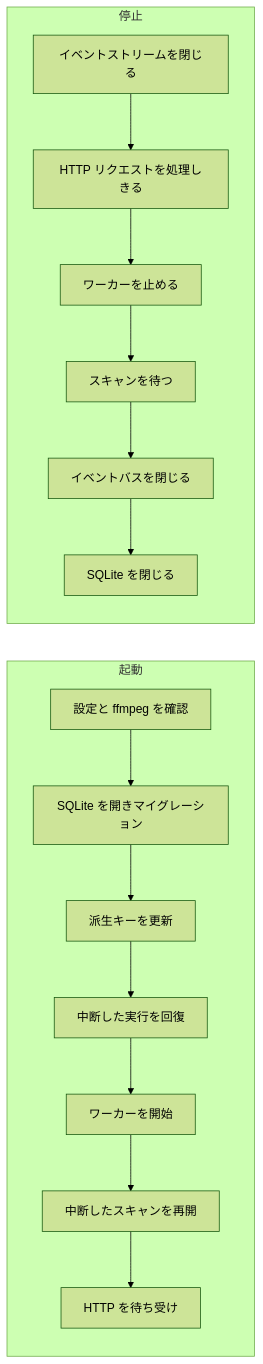
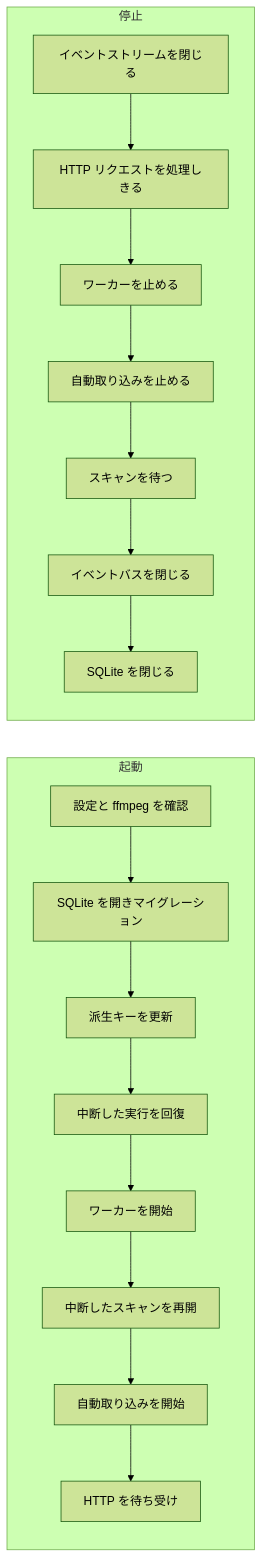
Before and after one commit to syudead/vv: the first of 3 diagrams in translations/ja/docs/design-docs/process-lifecycle.md, drawn with Mermaid (forest theme). The commit also changed other lines of this file and 4 other files, not shown here.

````diff
--- a/translations/ja/docs/design-docs/process-lifecycle.md
+++ b/translations/ja/docs/design-docs/process-lifecycle.md
@@ -12,20 +12,22 @@
 ```mermaid
 flowchart LR
   subgraph start[起動]
     direction TB
     s1[設定と ffmpeg を確認] --> s2[SQLite を開きマイグレーション]
     s2 --> s3[派生キーを更新]
     s3 --> s4[中断した実行を回復]
     s4 --> s5[ワーカーを開始]
     s5 --> s6[中断したスキャンを再開]
-    s6 --> s7[HTTP を待ち受け]
+    s6 --> s7[自動取り込みを開始]
+    s7 --> s8[HTTP を待ち受け]
   end
   subgraph stop[停止]
     direction TB
     t1[イベントストリームを閉じる] --> t2[HTTP リクエストを処理しきる]
     t2 --> t3[ワーカーを止める]
-    t3 --> t4[スキャンを待つ]
-    t4 --> t5[イベントバスを閉じる]
-    t5 --> t6[SQLite を閉じる]
+    t3 --> t4[自動取り込みを止める]
+    t4 --> t5[スキャンを待つ]
+    t5 --> t6[イベントバスを閉じる]
+    t6 --> t7[SQLite を閉じる]
   end
 ```
````
